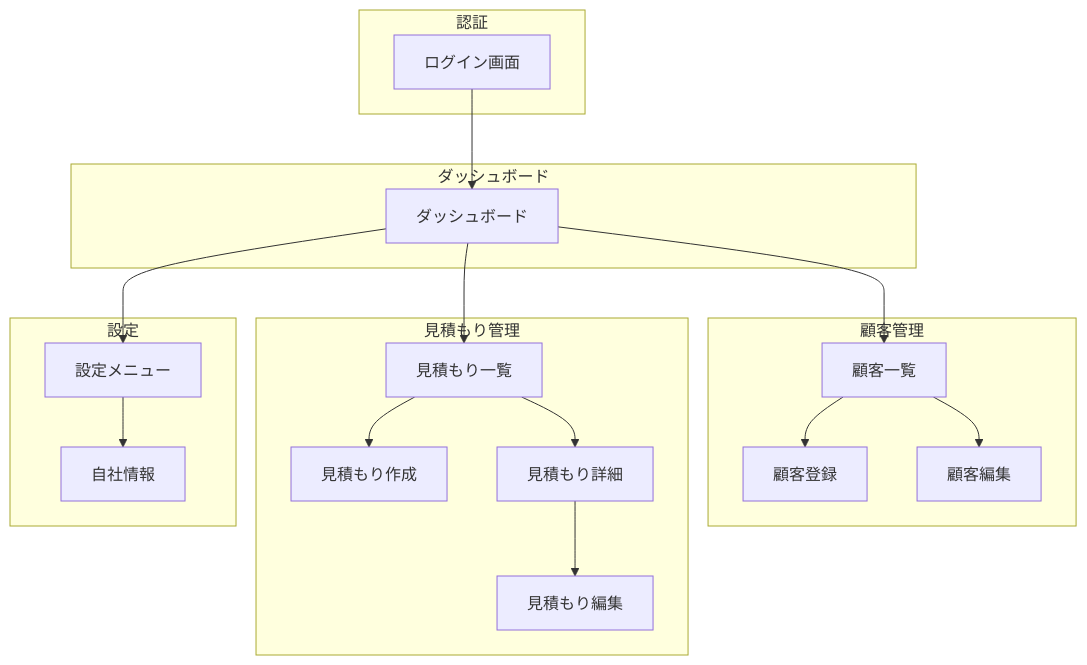
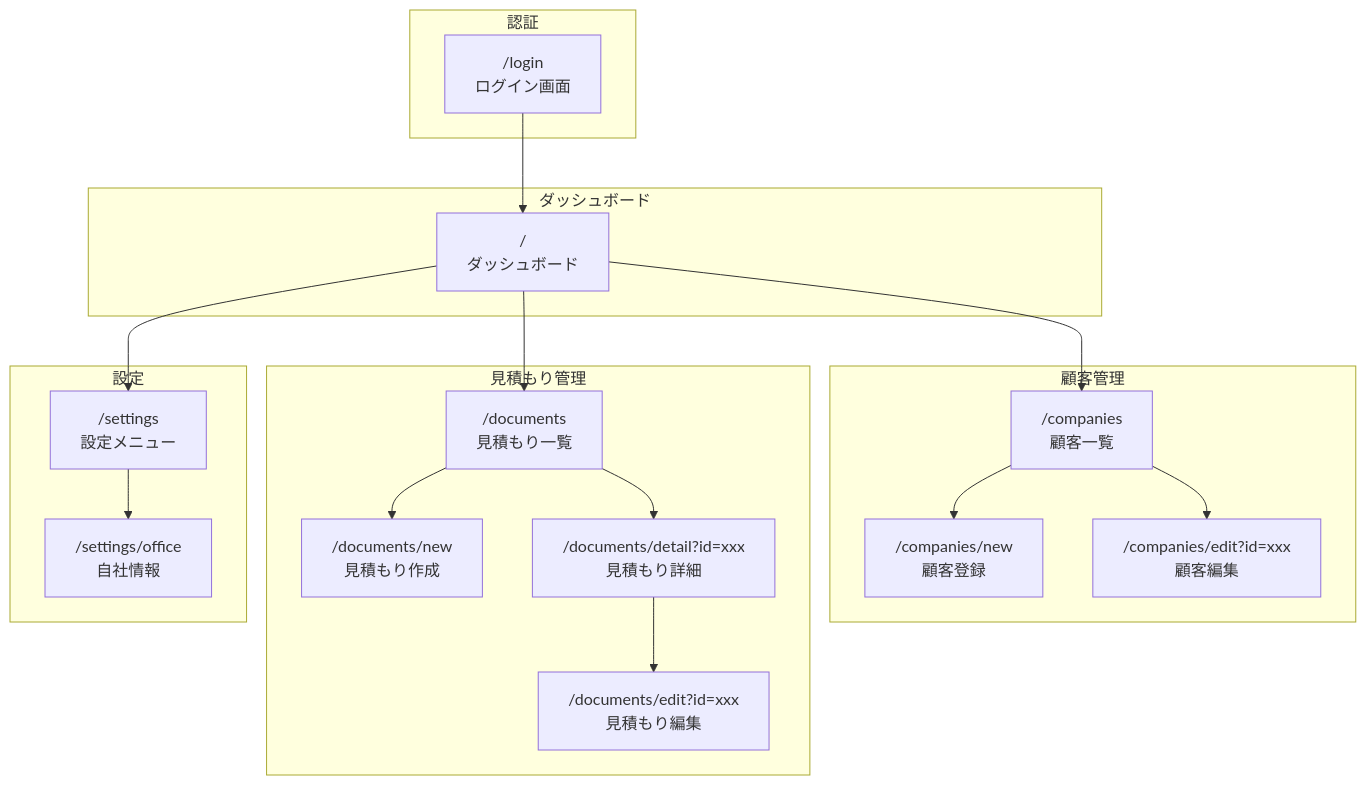
The second of 6 diagrams in README.md (mococo-tech/integrated-estimate-sample), drawn with Mermaid before and after one commit. The commit also changed other lines of this file and 71 other files, not shown here.

````diff
--- a/README.md
+++ b/README.md
@@ -98,42 +115,42 @@
 ```mermaid
 flowchart TB
     subgraph 認証
-        Login[ログイン画面]
+        Login["/login<br>ログイン画面"]
     end
 
     subgraph ダッシュボード
-        Dashboard[ダッシュボード]
+        Dashboard["/<br>ダッシュボード"]
     end
 
     subgraph 顧客管理
-        CompanyList[顧客一覧]
-        CompanyNew[顧客登録]
-        CompanyEdit[顧客編集]
+        CompanyList["/companies<br>顧客一覧"]
+        CompanyNew["/companies/new<br>顧客登録"]
+        CompanyEdit["/companies/edit?id=xxx<br>顧客編集"]
     end
 
     subgraph 見積もり管理
-        DocumentList[見積もり一覧]
-        DocumentNew[見積もり作成]
-        DocumentDetail[見積もり詳細]
-        DocumentEdit[見積もり編集]
+        DocumentList["/documents<br>見積もり一覧"]
+        DocumentNew["/documents/new<br>見積もり作成"]
+        DocumentDetail["/documents/detail?id=xxx<br>見積もり詳細"]
+        DocumentEdit["/documents/edit?id=xxx<br>見積もり編集"]
     end
 
     subgraph 設定
-        Settings[設定メニュー]
-        OfficeSettings[自社情報]
+        Settings["/settings<br>設定メニュー"]
+        OfficeSettings["/settings/office<br>自社情報"]
     end
 
     Login --> Dashboard
     Dashboard --> CompanyList
     Dashboard --> DocumentList
     Dashboard --> Settings
 
     CompanyList --> CompanyNew
     CompanyList --> CompanyEdit
 
     DocumentList --> DocumentNew
     DocumentList --> DocumentDetail
     DocumentDetail --> DocumentEdit
 
     Settings --> OfficeSettings
 ```
````
